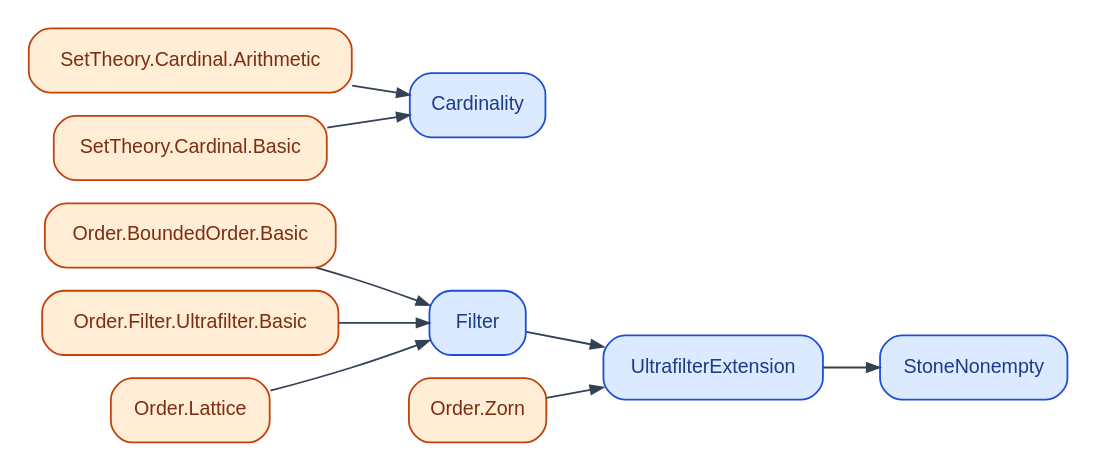
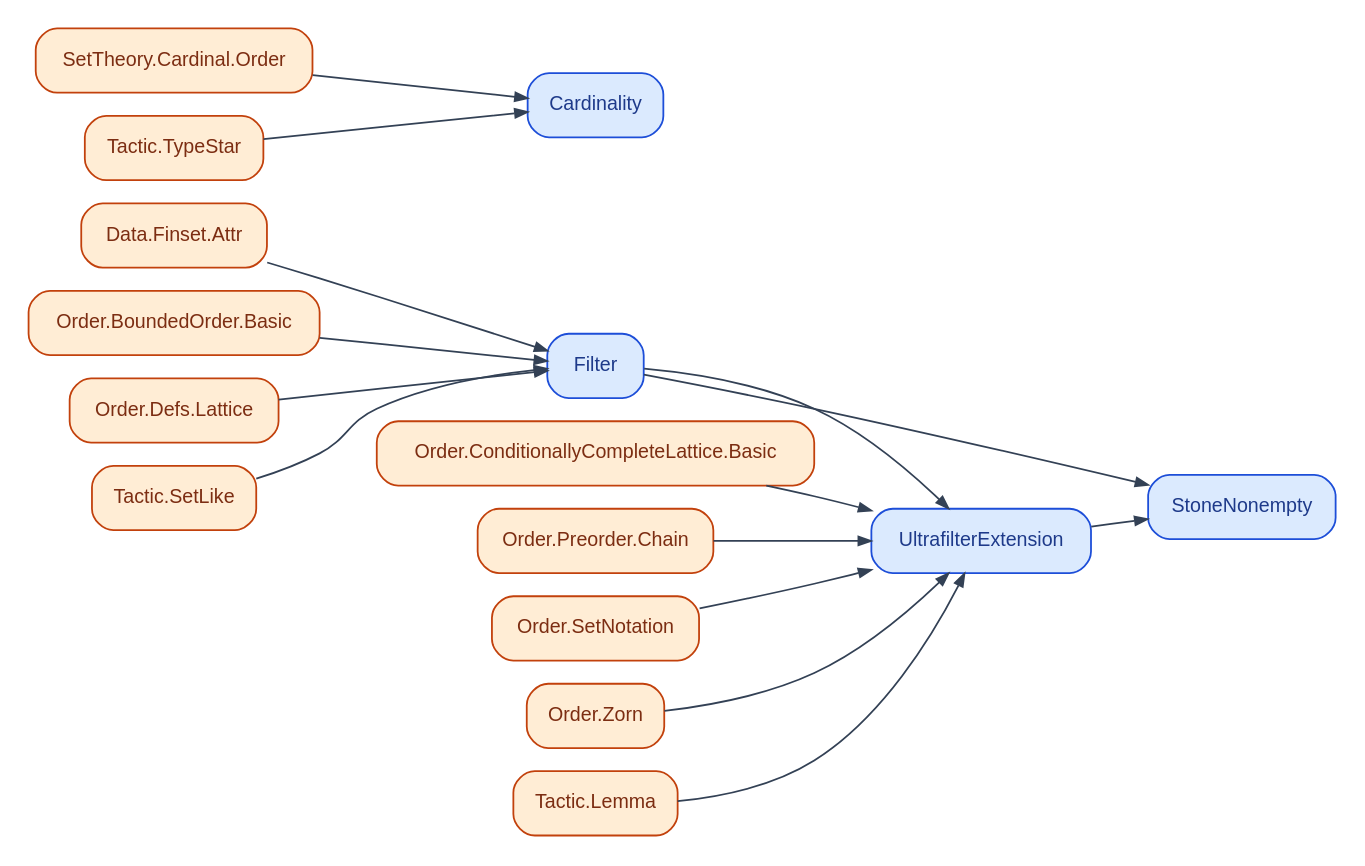
Before and after one commit to catskillsresearch/BachelorsInMeasurementTheory: the diagram in figures/deps/Course21329.dot, drawn with Graphviz. The commit also changed 44 other files, not shown here.

Commit message:
Regenerate course Lean dependency Graphviz figures after the import shake.

```diff
--- a/figures/deps/Course21329.dot
+++ b/figures/deps/Course21329.dot
@@ -1,26 +1,37 @@
 digraph Course21329 {
   rankdir=LR;
   graph [nodesep=0.18, ranksep=0.45, pad=0.12, bgcolor="white"];
   node [shape=box, style="rounded,filled", fontname="Helvetica", fontsize=11];
   edge [color="#334155", arrowsize=0.7];
 
+  LDataFinsetAttr [label="Data.Finset.Attr", fillcolor="#ffedd5", color="#c2410c", fontcolor="#7c2d12"];
   LOrderBoundedOrderBasic [label="Order.BoundedOrder.Basic", fillcolor="#ffedd5", color="#c2410c", fontcolor="#7c2d12"];
-  LOrderFilterUltrafilterBasic [label="Order.Filter.Ultrafilter.Basic", fillcolor="#ffedd5", color="#c2410c", fontcolor="#7c2d12"];
-  LOrderLattice [label="Order.Lattice", fillcolor="#ffedd5", color="#c2410c", fontcolor="#7c2d12"];
+  LOrderConditionallyCompleteLatticeBasic [label="Order.ConditionallyCompleteLattice.Basic", fillcolor="#ffedd5", color="#c2410c", fontcolor="#7c2d12"];
+  LOrderDefsLattice [label="Order.Defs.Lattice", fillcolor="#ffedd5", color="#c2410c", fontcolor="#7c2d12"];
+  LOrderPreorderChain [label="Order.Preorder.Chain", fillcolor="#ffedd5", color="#c2410c", fontcolor="#7c2d12"];
+  LOrderSetNotation [label="Order.SetNotation", fillcolor="#ffedd5", color="#c2410c", fontcolor="#7c2d12"];
   LOrderZorn [label="Order.Zorn", fillcolor="#ffedd5", color="#c2410c", fontcolor="#7c2d12"];
-  LSetTheoryCardinalArithmetic [label="SetTheory.Cardinal.Arithmetic", fillcolor="#ffedd5", color="#c2410c", fontcolor="#7c2d12"];
-  LSetTheoryCardinalBasic [label="SetTheory.Cardinal.Basic", fillcolor="#ffedd5", color="#c2410c", fontcolor="#7c2d12"];
+  LSetTheoryCardinalOrder [label="SetTheory.Cardinal.Order", fillcolor="#ffedd5", color="#c2410c", fontcolor="#7c2d12"];
+  LTacticLemma [label="Tactic.Lemma", fillcolor="#ffedd5", color="#c2410c", fontcolor="#7c2d12"];
+  LTacticSetLike [label="Tactic.SetLike", fillcolor="#ffedd5", color="#c2410c", fontcolor="#7c2d12"];
+  LTacticTypeStar [label="Tactic.TypeStar", fillcolor="#ffedd5", color="#c2410c", fontcolor="#7c2d12"];
   MCardinality [label="Cardinality", fillcolor="#dbeafe", color="#1d4ed8", fontcolor="#1e3a8a"];
   MFilter [label="Filter", fillcolor="#dbeafe", color="#1d4ed8", fontcolor="#1e3a8a"];
   MStoneNonempty [label="StoneNonempty", fillcolor="#dbeafe", color="#1d4ed8", fontcolor="#1e3a8a"];
   MUltrafilterExtension [label="UltrafilterExtension", fillcolor="#dbeafe", color="#1d4ed8", fontcolor="#1e3a8a"];
 
-  LSetTheoryCardinalArithmetic -> MCardinality;
-  LSetTheoryCardinalBasic -> MCardinality;
-  LOrderLattice -> MFilter;
+  LTacticTypeStar -> MCardinality;
+  LSetTheoryCardinalOrder -> MCardinality;
+  LOrderDefsLattice -> MFilter;
+  LTacticSetLike -> MFilter;
   LOrderBoundedOrderBasic -> MFilter;
-  LOrderFilterUltrafilterBasic -> MFilter;
+  LDataFinsetAttr -> MFilter;
+  MFilter -> MStoneNonempty;
   MUltrafilterExtension -> MStoneNonempty;
+  LOrderPreorderChain -> MUltrafilterExtension;
   LOrderZorn -> MUltrafilterExtension;
+  LTacticLemma -> MUltrafilterExtension;
+  LOrderSetNotation -> MUltrafilterExtension;
+  LOrderConditionallyCompleteLatticeBasic -> MUltrafilterExtension;
   MFilter -> MUltrafilterExtension;
 }
```
